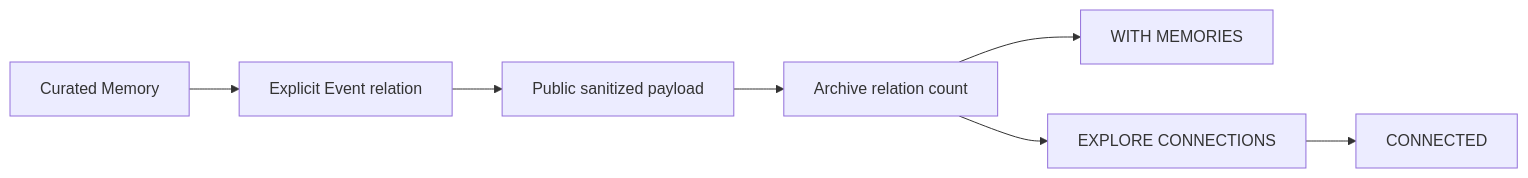
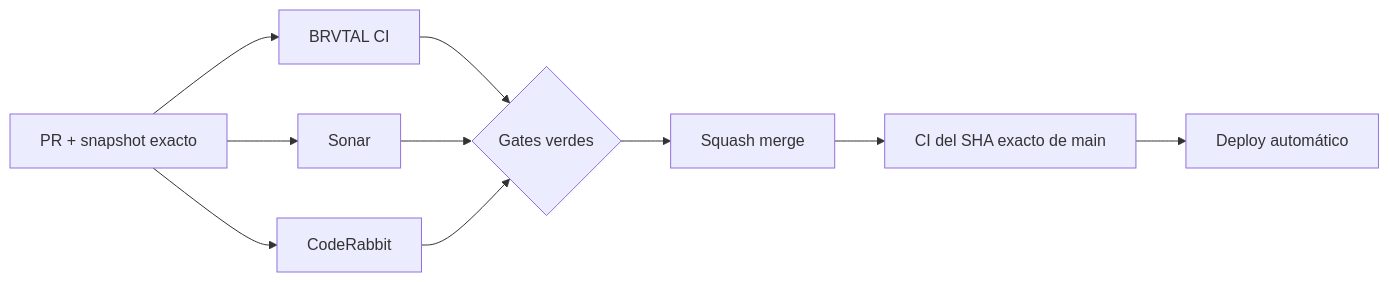
The diagram in README.md (pl0n3r/brvtal), drawn with Mermaid before and after one commit.

Commit message:
docs: restore canonical deploy flow snapshot

````diff
--- a/README.md
+++ b/README.md
@@ -31,9 +31,12 @@
 ```mermaid
 flowchart LR
-    A["Curated Memory"] --> B["Explicit Event relation"]
-    B --> C["Public sanitized payload"]
-    C --> D["Archive relation count"]
-    D --> E["WITH MEMORIES"]
-    D --> F["EXPLORE CONNECTIONS"]
-    F --> G["CONNECTED"]
+    A["PR + snapshot exacto"] --> B["BRVTAL CI"]
+    A --> C["Sonar"]
+    A --> D["CodeRabbit"]
+    B --> E{"Gates verdes"}
+    C --> E
+    D --> E
+    E --> F["Squash merge"]
+    F --> G["CI del SHA exacto de main"]
+    G --> H["Deploy automático"]
 ```
````
